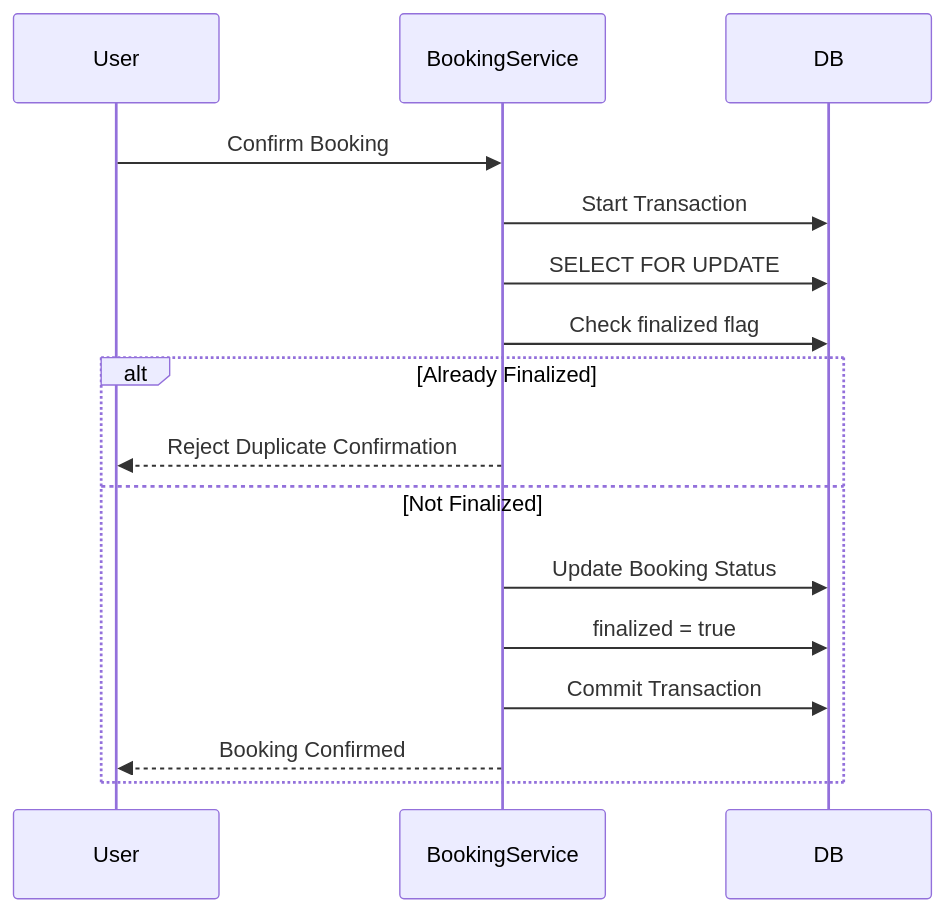
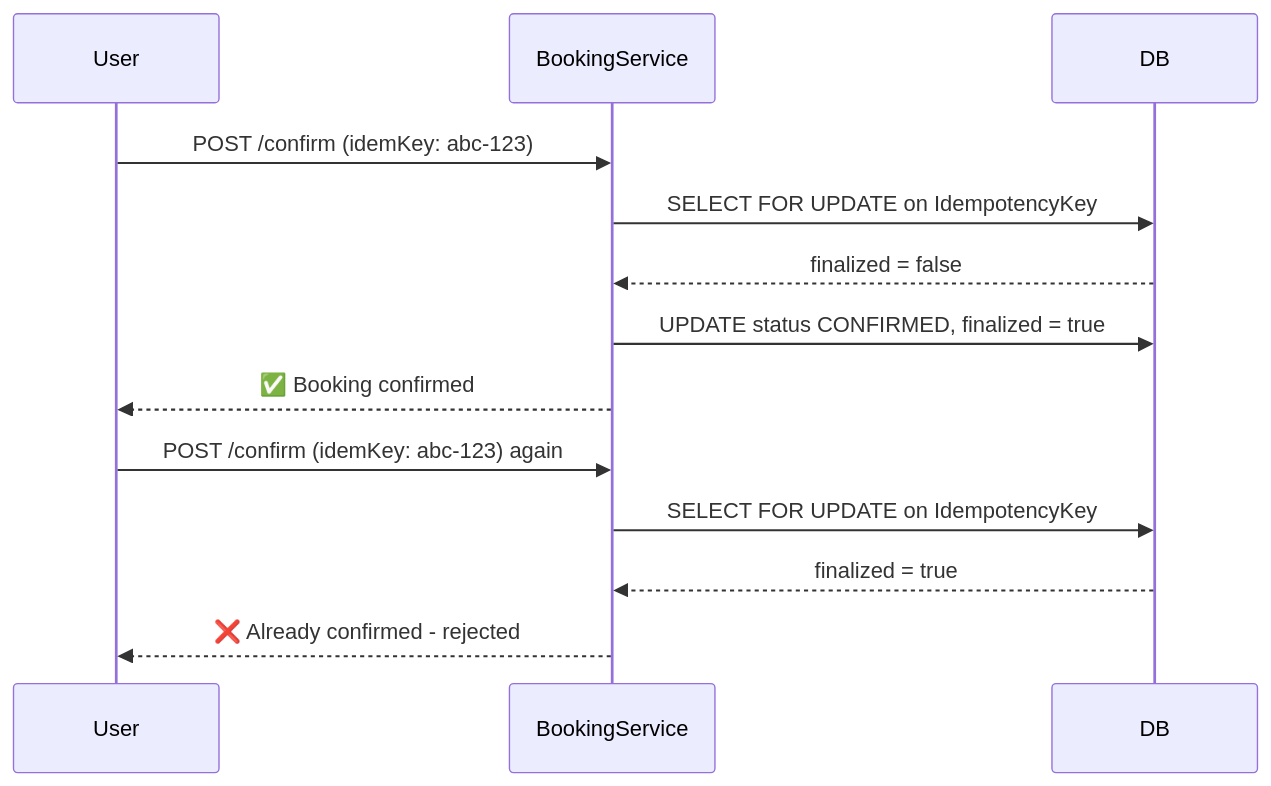
Before and after one commit to saisathwik22/Airbnb-Node: the third of 10 diagrams in README.md, drawn with Mermaid. The commit also changed other lines of this file, not shown here.

````diff
--- a/README.md
+++ b/README.md
@@ -241,23 +199,17 @@
 ```mermaid
 sequenceDiagram
     participant User
     participant BookingService
     participant DB
 
-    User->>BookingService: Confirm Booking
+    User->>BookingService: POST /confirm (idemKey: abc-123)
+    BookingService->>DB: SELECT FOR UPDATE on IdempotencyKey
+    DB-->>BookingService: finalized = false
+    BookingService->>DB: UPDATE status CONFIRMED, finalized = true
+    BookingService-->>User: ✅ Booking confirmed
 
-    BookingService->>DB: Start Transaction
-
-    BookingService->>DB: SELECT FOR UPDATE
-
-    BookingService->>DB: Check finalized flag
-
-    alt Already Finalized
-        BookingService-->>User: Reject Duplicate Confirmation
-    else Not Finalized
-        BookingService->>DB: Update Booking Status
-        BookingService->>DB: finalized = true
-        BookingService->>DB: Commit Transaction
-        BookingService-->>User: Booking Confirmed
-    end
+    User->>BookingService: POST /confirm (idemKey: abc-123) again
+    BookingService->>DB: SELECT FOR UPDATE on IdempotencyKey
+    DB-->>BookingService: finalized = true
+    BookingService-->>User: ❌ Already confirmed - rejected
 ```
````
